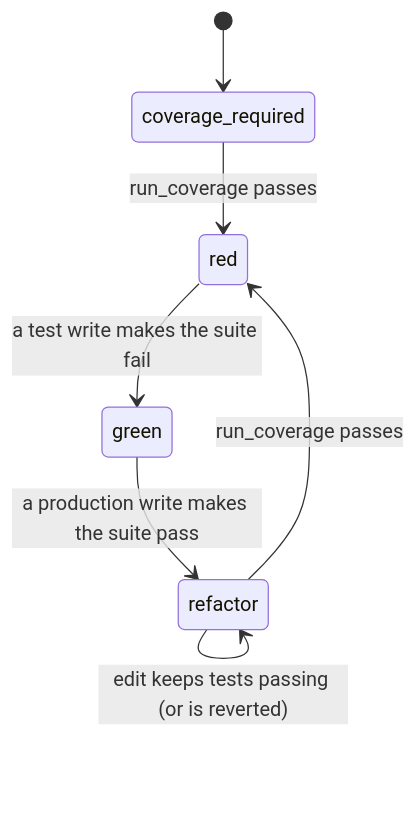
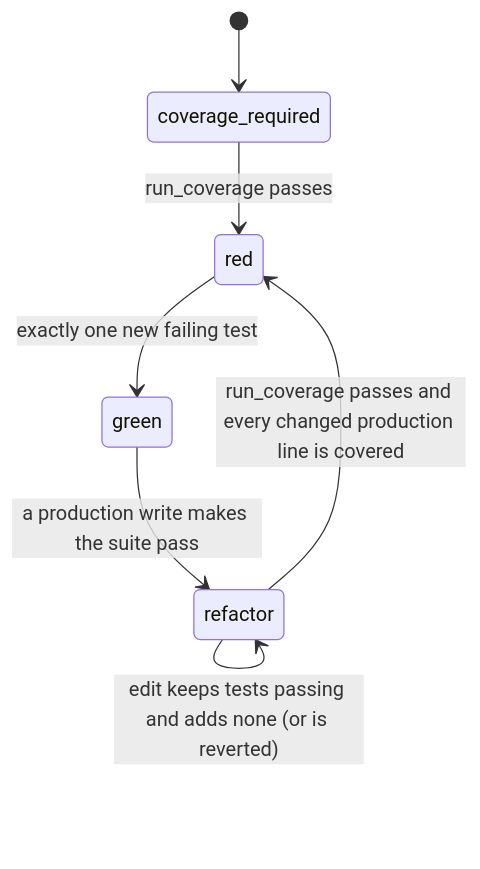
Before and after one commit to ChrisLucian-HunterIndustries/TDD-MCP: the diagram in README.md, drawn with Mermaid. The commit also changed other lines of this file, not shown here.

Commit message:
. d [one-test-at-a-time] Document one-test-at-a-time and the changed-line coverage check

````diff
--- a/README.md
+++ b/README.md
@@ -7,9 +7,9 @@
 ```mermaid
 stateDiagram-v2
     [*] --> coverage_required
     coverage_required --> red: run_coverage passes
-    red --> green: a test write makes the suite fail
+    red --> green: exactly one new failing test
     green --> refactor: a production write makes the suite pass
-    refactor --> red: run_coverage passes
-    refactor --> refactor: edit keeps tests passing (or is reverted)
+    refactor --> red: run_coverage passes and every changed production line is covered
+    refactor --> refactor: edit keeps tests passing and adds none (or is reverted)
 ```
````
